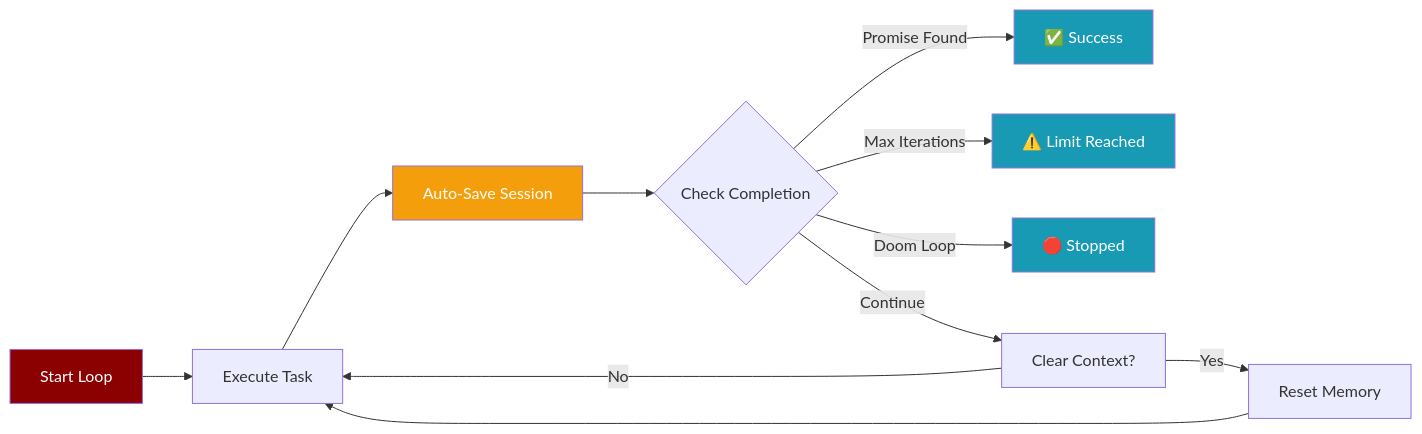
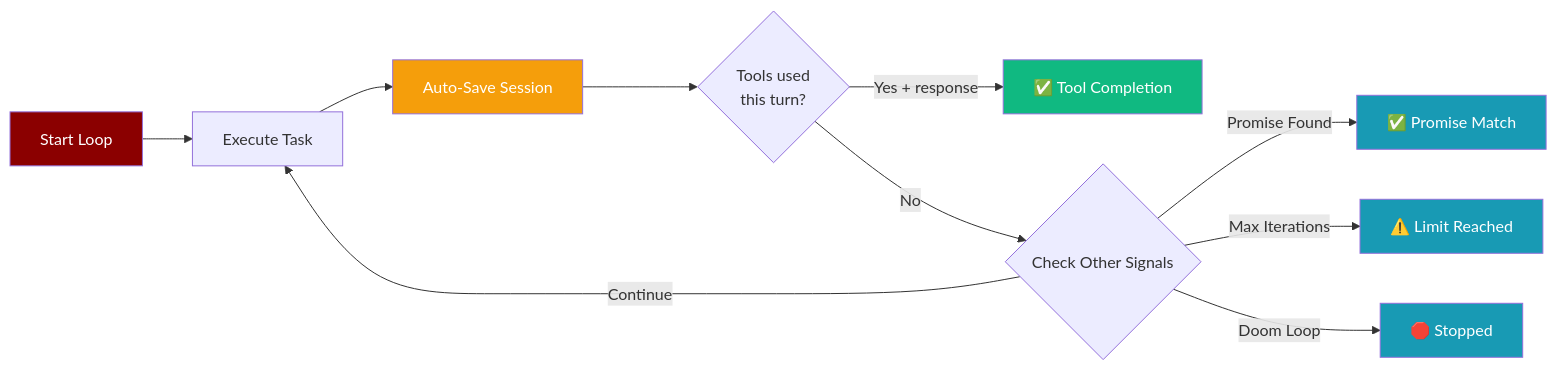
Before and after one commit to MervinPraison/PraisonAIDocs: the first of 5 diagrams in docs/features/autonomy-loop.mdx, drawn with Mermaid. The commit also changed other lines of this file and 7 other files, not shown here.

````diff
--- a/docs/features/autonomy-loop.mdx
+++ b/docs/features/autonomy-loop.mdx
@@ -13,19 +13,19 @@
 ```mermaid
 flowchart LR
     A[Start Loop] --> B[Execute Task]
     B --> S[Auto-Save Session]
-    S --> C{Check Completion}
-    C -->|Promise Found| D[✅ Success]
+    S --> TC{Tools used\nthis turn?}
+    TC -->|Yes + response| D1["✅ Tool Completion"]
+    TC -->|No| C{Check Other Signals}
+    C -->|Promise Found| D[✅ Promise Match]
     C -->|Max Iterations| E[⚠️ Limit Reached]
     C -->|Doom Loop| F[🛑 Stopped]
-    C -->|Continue| G[Clear Context?]
-    G -->|Yes| H[Reset Memory]
-    G -->|No| B
-    H --> B
+    C -->|Continue| B
     
     style A fill:#8B0000,color:#fff
     style S fill:#F59E0B,color:#fff
+    style D1 fill:#10B981,color:#fff
     style D fill:#189AB4,color:#fff
     style E fill:#189AB4,color:#fff
     style F fill:#189AB4,color:#fff
 ```
````
